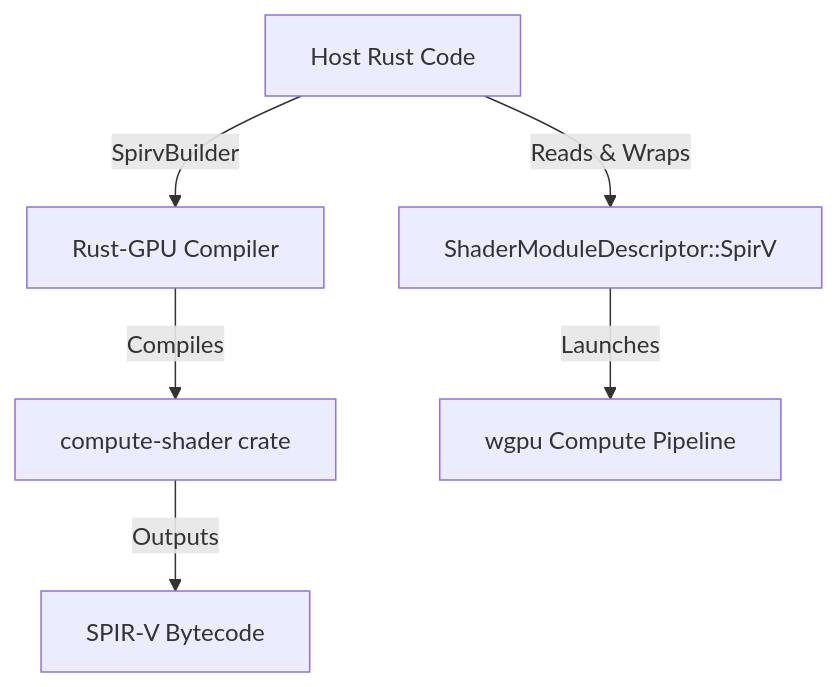
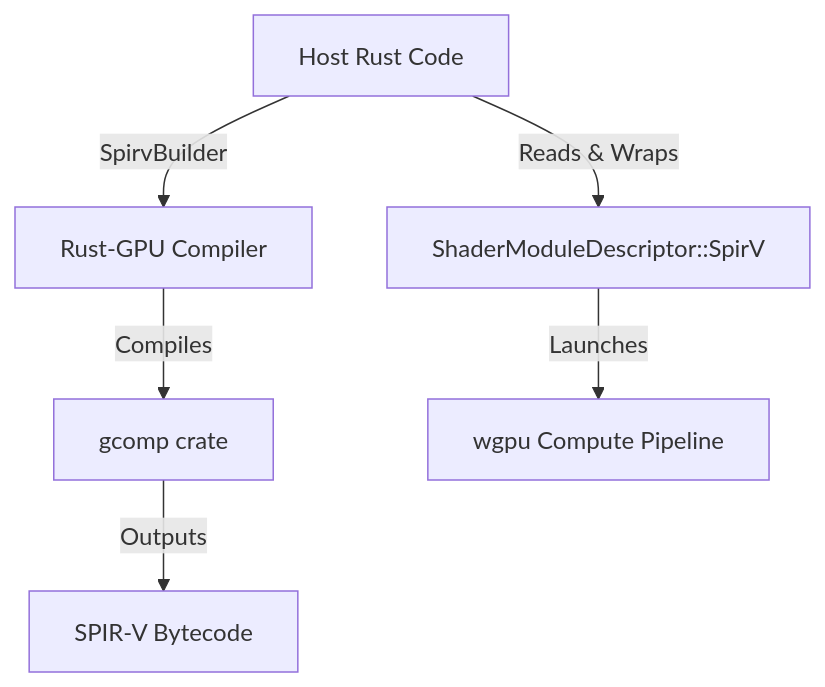
Before and after one commit to jswarup/Kosh: the diagram in wiki/RustGpu.md, drawn with Mermaid. The commit also changed other lines of this file and 6 other files, not shown here.

Commit message:
refactor: rename compute-shader crate to gcomp and relocate to src/gcomp

````diff
--- a/wiki/RustGpu.md
+++ b/wiki/RustGpu.md
@@ -11,8 +11,8 @@
 ```mermaid
 graph TD
     A[Host Rust Code] -->|SpirvBuilder| B[Rust-GPU Compiler]
-    B -->|Compiles| C[compute-shader crate]
+    B -->|Compiles| C[gcomp crate]
     C -->|Outputs| D[SPIR-V Bytecode]
     A -->|Reads & Wraps| E[ShaderModuleDescriptor::SpirV]
     E -->|Launches| F[wgpu Compute Pipeline]
 ```
````
